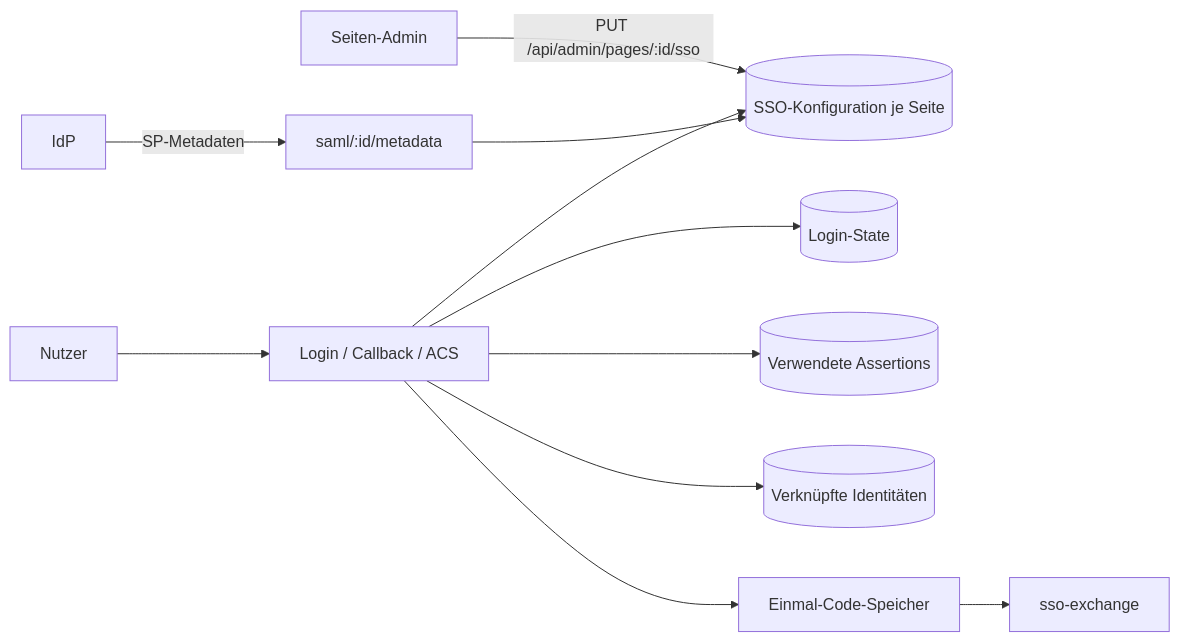
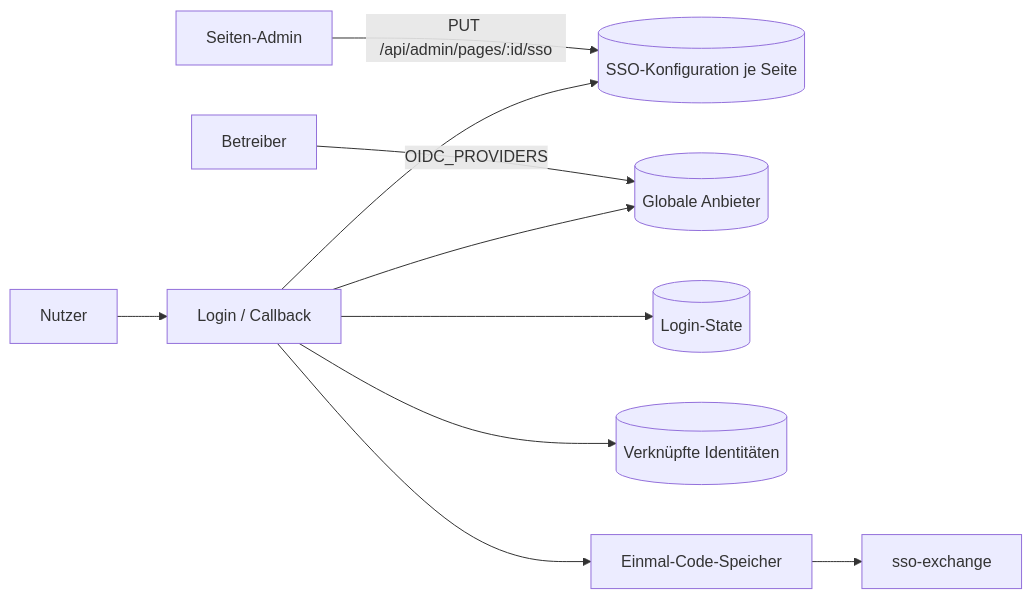
The fourth of 4 diagrams in docs/sso/architecture.md (FrAigner/statushafen), drawn with Mermaid before and after one commit. The commit also changed other lines of this file and 176 other files, not shown here.

First line of the commit message:
Sign-in only via generic OIDC, optional password login, return to origin (#25)

````diff
--- a/docs/sso/architecture.md
+++ b/docs/sso/architecture.md
@@ -85,13 +120,12 @@
 ```mermaid
 flowchart LR
     A[Seiten-Admin] -->|PUT /api/admin/pages/:id/sso| C[(SSO-Konfiguration je Seite)]
-    U[Nutzer] --> L[Login / Callback / ACS]
-    I[IdP] -->|SP-Metadaten| M[saml/:id/metadata]
-    M --> C
+    O[Betreiber] -->|OIDC_PROVIDERS| G[(Globale Anbieter)]
+    U[Nutzer] --> L[Login / Callback]
+    L --> G
     L --> C
     L --> D[(Login-State)]
-    L --> R[(Verwendete Assertions)]
     L --> K[(Verknüpfte Identitäten)]
     L --> X[Einmal-Code-Speicher]
     X --> E[sso-exchange]
 ```
````
